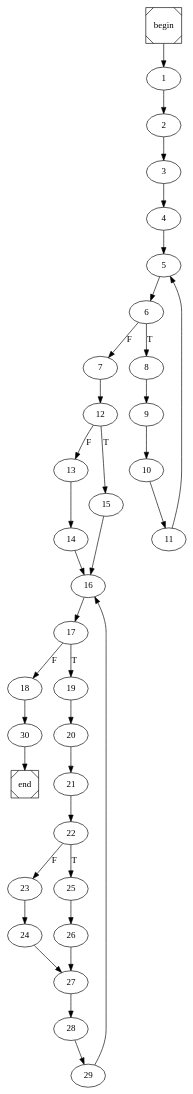
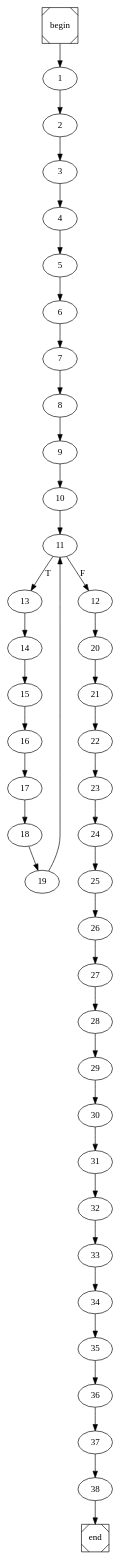
Before and after one commit to arubenruben/JMM-Compiler: the diagram in main.dot, drawn with Graphviz. The commit also changed 13 other files, not shown here.

```diff
--- a/main.dot
+++ b/main.dot
@@ -1,4 +1,4 @@
 digraph cfg {
 	begin [shape=Msquare];
 	end [shape=Msquare];
-	begin -> 1;	1 -> 2;	2 -> 3;	3 -> 4;	4 -> 5;	5 -> 6;	6 -> 8[label=T];	6 -> 7[label=F];	7 -> 12;	8 -> 9;	9 -> 10;	10 -> 11;	11 -> 5;	12 -> 15[label=T];	12 -> 13[label=F];	13 -> 14;	14 -> 16;	15 -> 16;	16 -> 17;	17 -> 19[label=T];	17 -> 18[label=F];	18 -> 30;	19 -> 20;	20 -> 21;	21 -> 22;	22 -> 25[label=T];	22 -> 23[label=F];	23 -> 24;	24 -> 27;	25 -> 26;	26 -> 27;	27 -> 28;	28 -> 29;	29 -> 16;	30 -> end;}
+	begin -> 1;	1 -> 2;	2 -> 3;	3 -> 4;	4 -> 5;	5 -> 6;	6 -> 7;	7 -> 8;	8 -> 9;	9 -> 10;	10 -> 11;	11 -> 13[label=T];	11 -> 12[label=F];	12 -> 20;	13 -> 14;	14 -> 15;	15 -> 16;	16 -> 17;	17 -> 18;	18 -> 19;	19 -> 11;	20 -> 21;	21 -> 22;	22 -> 23;	23 -> 24;	24 -> 25;	25 -> 26;	26 -> 27;	27 -> 28;	28 -> 29;	29 -> 30;	30 -> 31;	31 -> 32;	32 -> 33;	33 -> 34;	34 -> 35;	35 -> 36;	36 -> 37;	37 -> 38;	38 -> end;}
```
